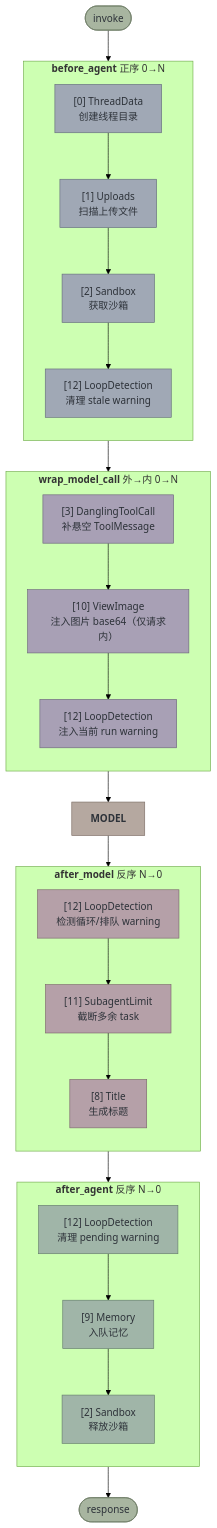
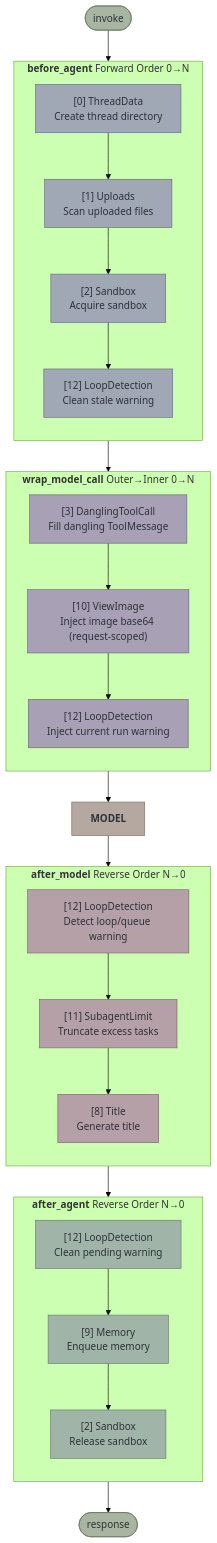
Before and after one commit to itsPremkumar/alpha: the first of 4 diagrams in backend/docs/middleware-execution-flow.md, drawn with Mermaid (forest theme). The commit also changed other lines of this file and 60 other files, not shown here.

````diff
--- a/backend/docs/middleware-execution-flow.md
+++ b/backend/docs/middleware-execution-flow.md
@@ -32,46 +32,46 @@
 ```mermaid
 graph TB
     START(["invoke"]) --> TD
 
-    subgraph BA ["<b>before_agent</b> 正序 0→N"]
+    subgraph BA ["<b>before_agent</b> Forward Order 0→N"]
         direction TB
-        TD["[0] ThreadData<br/>创建线程目录"] --> UL["[1] Uploads<br/>扫描上传文件"] --> SB["[2] Sandbox<br/>获取沙箱"] --> LD_BA["[12] LoopDetection<br/>清理 stale warning"]
+        TD["[0] ThreadData<br/>Create thread directory"] --> UL["[1] Uploads<br/>Scan uploaded files"] --> SB["[2] Sandbox<br/>Acquire sandbox"] --> LD_BA["[12] LoopDetection<br/>Clean stale warning"]
     end
 
-    subgraph WM ["<b>wrap_model_call</b> 外→内 0→N"]
+    subgraph WM ["<b>wrap_model_call</b> Outer→Inner 0→N"]
         direction TB
-        DTC_WM["[3] DanglingToolCall<br/>补悬空 ToolMessage"] --> VI["[10] ViewImage<br/>注入图片 base64（仅请求内）"] --> LD_WM["[12] LoopDetection<br/>注入当前 run warning"]
+        DTC_WM["[3] DanglingToolCall<br/>Fill dangling ToolMessage"] --> VI["[10] ViewImage<br/>Inject image base64 (request-scoped)"] --> LD_WM["[12] LoopDetection<br/>Inject current run warning"]
     end
 
     LD_BA --> DTC_WM
     LD_WM --> M["<b>MODEL</b>"]
 
-    subgraph AM ["<b>after_model</b> 反序 N→0"]
+    subgraph AM ["<b>after_model</b> Reverse Order N→0"]
         direction TB
-        LD["[12] LoopDetection<br/>检测循环/排队 warning"] --> SL["[11] SubagentLimit<br/>截断多余 task"] --> TI["[8] Title<br/>生成标题"]
+        LD["[12] LoopDetection<br/>Detect loop/queue warning"] --> SL["[11] SubagentLimit<br/>Truncate excess tasks"] --> TI["[8] Title<br/>Generate title"]
     end
 
     M --> LD
 
-    subgraph AA ["<b>after_agent</b> 反序 N→0"]
+    subgraph AA ["<b>after_agent</b> Reverse Order N→0"]
         direction TB
-        LD_CLEAN["[12] LoopDetection<br/>清理 pending warning"] --> MEM["[9] Memory<br/>入队记忆"] --> SBR["[2] Sandbox<br/>释放沙箱"]
+        LD_CLEAN["[12] LoopDetection<br/>Clean pending warning"] --> MEM["[9] Memory<br/>Enqueue memory"] --> SBR["[2] Sandbox<br/>Release sandbox"]
     end
 
     TI --> LD_CLEAN
     SBR --> END(["response"])
 
     classDef beforeNode fill:#a0a8b5,stroke:#636b7a,color:#2d3239
     classDef modelNode fill:#b5a8a0,stroke:#7a6b63,color:#2d3239
     classDef wrapModelNode fill:#a8a0b5,stroke:#6b637a,color:#2d3239
     classDef afterModelNode fill:#b5a0a8,stroke:#7a636b,color:#2d3239
     classDef afterAgentNode fill:#a0b5a8,stroke:#637a6b,color:#2d3239
     classDef terminalNode fill:#a8b5a0,stroke:#6b7a63,color:#2d3239
 
     class TD,UL,SB,LD_BA beforeNode
     class DTC_WM,VI,LD_WM wrapModelNode
     class M modelNode
     class LD,SL,TI afterModelNode
     class LD_CLEAN,SBR,MEM afterAgentNode
     class START,END terminalNode
 ```
````
